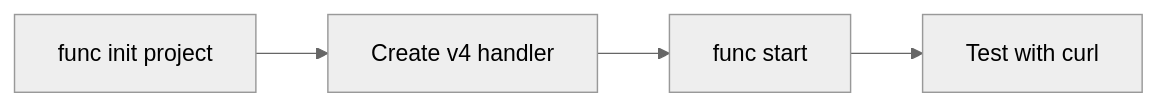
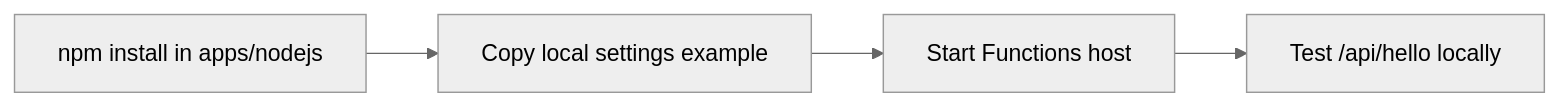
One commit to yeongseon/azure-functions-practical-guide changed the second of 2 diagrams in docs/language-guides/nodejs/tutorial/consumption/01-local-run.md. Above: the diagram before and after it, drawn with Mermaid (neutral theme). The commit also changed other lines of this file and 7 other files, not shown here.

````diff
--- a/docs/language-guides/nodejs/tutorial/consumption/01-local-run.md
+++ b/docs/language-guides/nodejs/tutorial/consumption/01-local-run.md
@@ -22,6 +48,6 @@
 ```mermaid
 flowchart LR
-    A[func init project] --> B[Create v4 handler]
-    B --> C[func start]
-    C --> D[Test with curl]
+    A["npm install in apps/nodejs"] --> B[Copy local settings example]
+    B --> C["Start Functions host"]
+    C --> D["Test /api/hello locally"]
 ```
````
